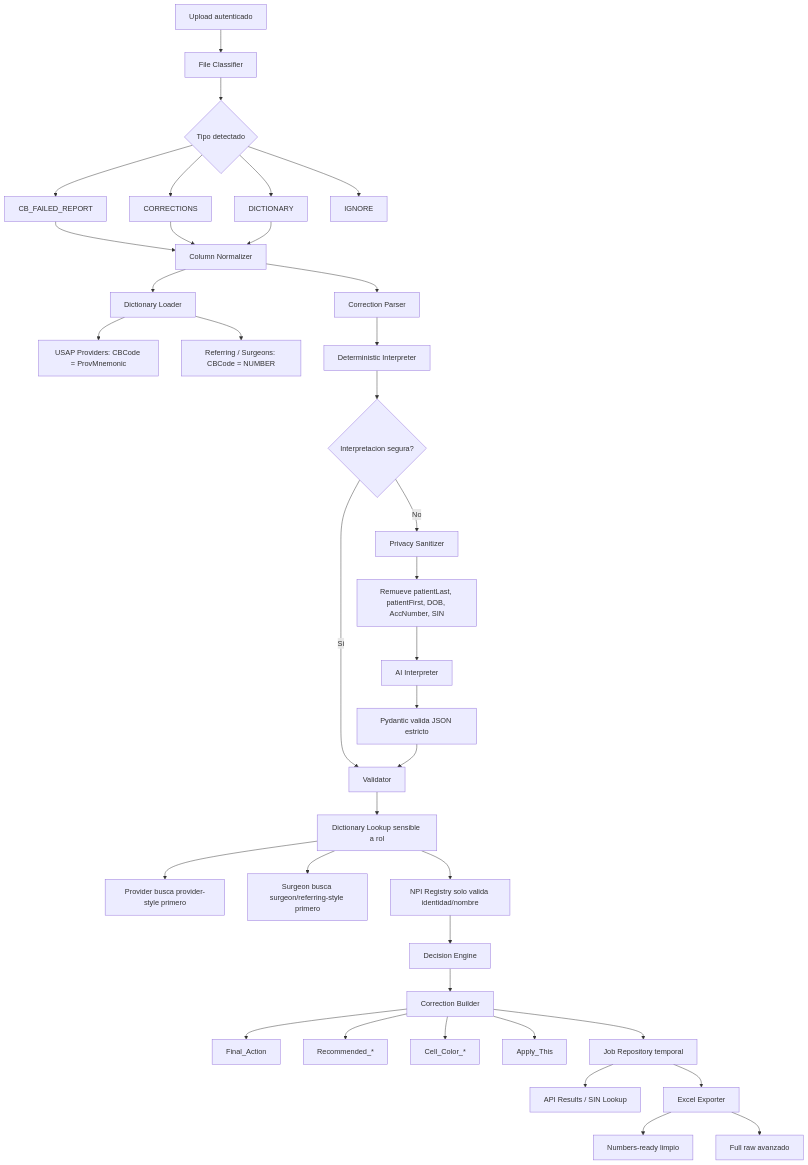
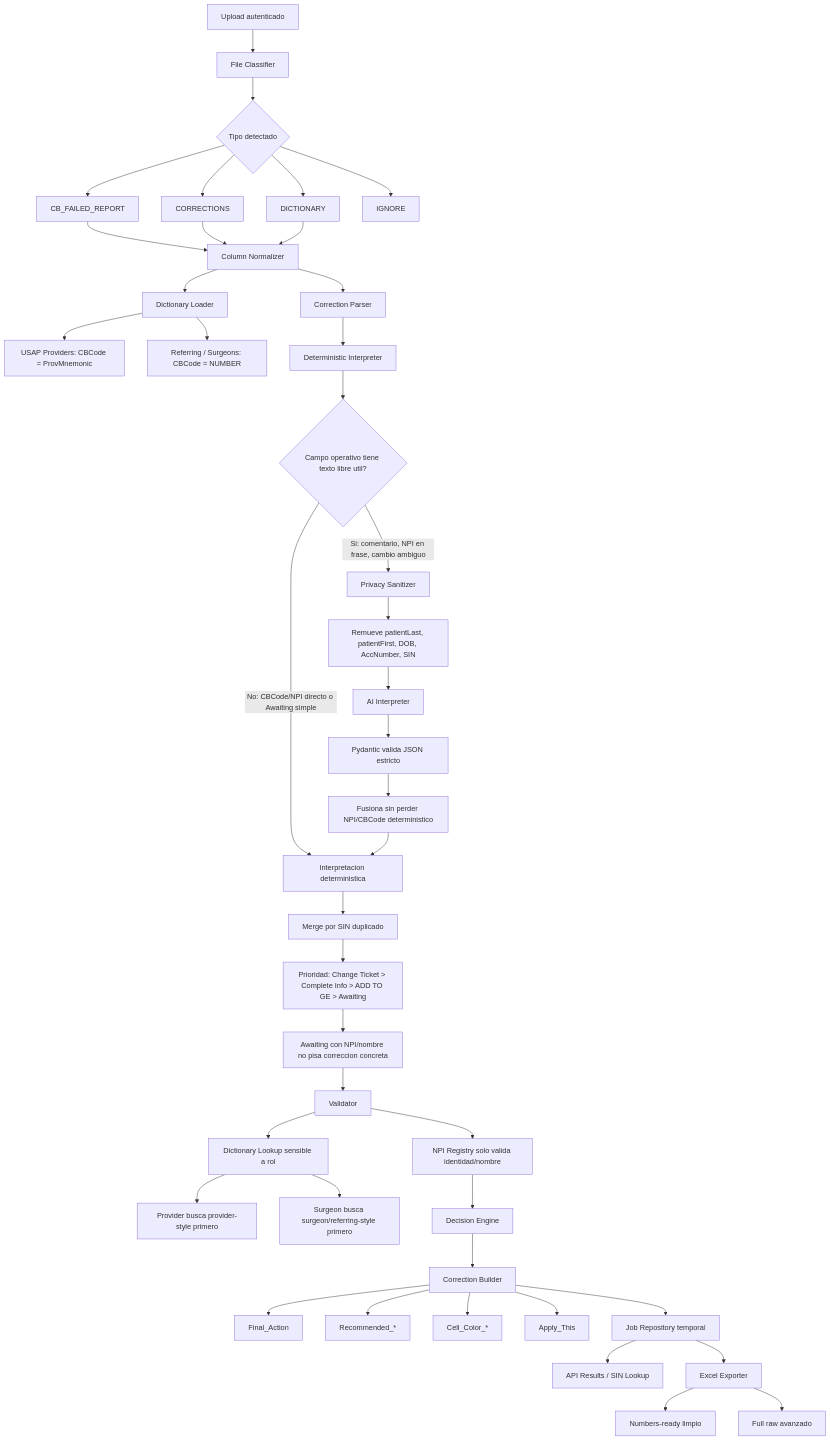
One commit to MiguelAlvarez111/asistente-cb-failed changed the second of 5 diagrams in README.md. Above: the diagram before and after it, drawn with Mermaid. The commit also changed other lines of this file, not shown here.

Commit message:
Update README workflow diagrams

````diff
--- a/README.md
+++ b/README.md
@@ -103,48 +103,54 @@
 ```mermaid
 flowchart TD
     A["Upload autenticado"] --> B["File Classifier"]
     B --> C{"Tipo detectado"}
 
     C --> C1["CB_FAILED_REPORT"]
     C --> C2["CORRECTIONS"]
     C --> C3["DICTIONARY"]
     C --> C4["IGNORE"]
 
     C1 --> D["Column Normalizer"]
     C2 --> D
     C3 --> D
 
     D --> E["Dictionary Loader"]
     E --> E1["USAP Providers: CBCode = ProvMnemonic"]
     E --> E2["Referring / Surgeons: CBCode = NUMBER"]
 
     D --> F["Correction Parser"]
     F --> G["Deterministic Interpreter"]
-    G --> H{"Interpretacion segura?"}
+    G --> H{"Campo operativo tiene texto libre util?"}
 
-    H -->|Si| J["Validator"]
-    H -->|No| I["Privacy Sanitizer"]
+    H -->|No: CBCode/NPI directo o Awaiting simple| J["Interpretacion deterministica"]
+    H -->|Si: comentario, NPI en frase, cambio ambiguo| I["Privacy Sanitizer"]
     I --> I1["Remueve patientLast, patientFirst, DOB, AccNumber, SIN"]
     I1 --> I2["AI Interpreter"]
     I2 --> I3["Pydantic valida JSON estricto"]
-    I3 --> J
+    I3 --> I4["Fusiona sin perder NPI/CBCode deterministico"]
+    I4 --> J
 
-    J --> K["Dictionary Lookup sensible a rol"]
-    K --> K1["Provider busca provider-style primero"]
-    K --> K2["Surgeon busca surgeon/referring-style primero"]
+    J --> J1["Merge por SIN duplicado"]
+    J1 --> J2["Prioridad: Change Ticket > Complete Info > ADD TO GE > Awaiting"]
+    J2 --> J3["Awaiting con NPI/nombre no pisa correccion concreta"]
+
+    J3 --> K["Validator"]
+    K --> K1["Dictionary Lookup sensible a rol"]
+    K1 --> K2["Provider busca provider-style primero"]
+    K1 --> K3["Surgeon busca surgeon/referring-style primero"]
     K --> L["NPI Registry solo valida identidad/nombre"]
 
     L --> M["Decision Engine"]
     M --> N["Correction Builder"]
     N --> N1["Final_Action"]
     N --> N2["Recommended_*"]
     N --> N3["Cell_Color_*"]
     N --> N4["Apply_This"]
 
     N --> O["Job Repository temporal"]
     O --> P["API Results / SIN Lookup"]
     O --> Q["Excel Exporter"]
 
     Q --> Q1["Numbers-ready limpio"]
     Q --> Q2["Full raw avanzado"]
 ```
````
